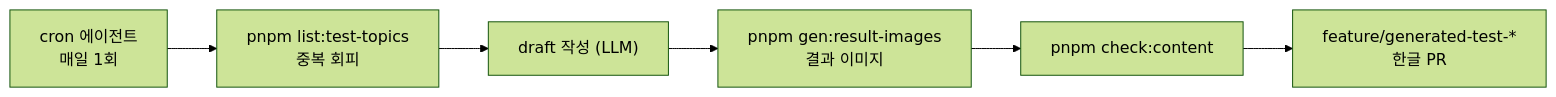
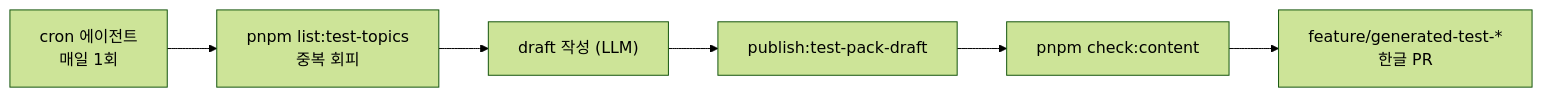
The second of 2 diagrams in docs/content-automation.md (seorilabs/trait-test-hub), drawn with Mermaid (forest theme) before and after one commit. The commit also changed other lines of this file and 200 other files, not shown here.

````diff
--- a/docs/content-automation.md
+++ b/docs/content-automation.md
@@ -160,8 +134,8 @@
 ```mermaid
 flowchart LR
   Cron["cron 에이전트<br/>매일 1회"] --> Topics["pnpm list:test-topics<br/>중복 회피"]
   Topics --> Draft["draft 작성 (LLM)"]
-  Draft --> Img["pnpm gen:result-images<br/>결과 이미지"]
-  Img --> Check["pnpm check:content"]
+  Draft --> Publish["publish:test-pack-draft"]
+  Publish --> Check["pnpm check:content"]
   Check --> PR["feature/generated-test-*<br/>한글 PR"]
 ```
````
